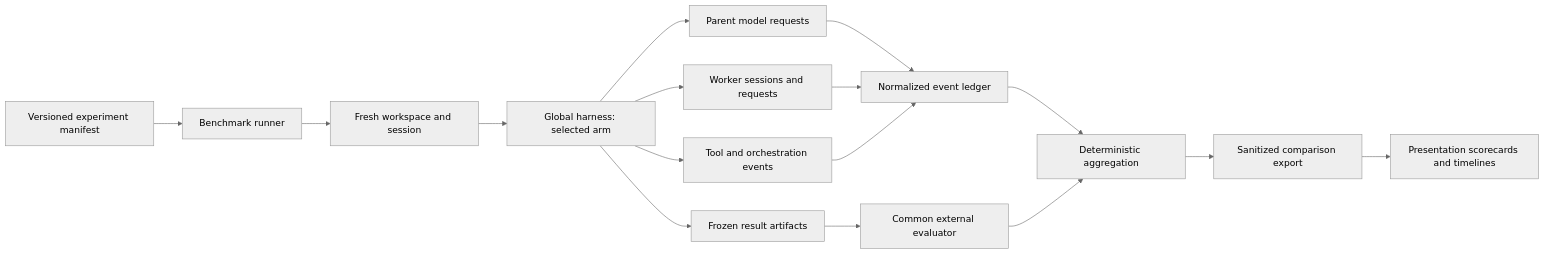
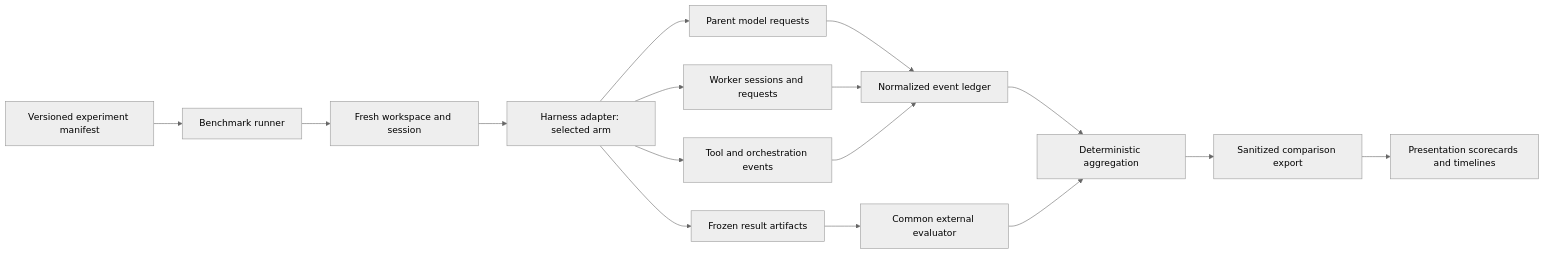
Before and after one commit to jlsharer/context-harness-presentation: the diagram in docs/superpowers/specs/2026-11-05-reusable-harness-benchmark-design.md, drawn with Mermaid (neutral theme). The commit also changed other lines of this file and 1 other file, not shown here.

Commit message:
Plan portable benchmark core and harness adapters

````diff
--- a/docs/superpowers/specs/2026-11-05-reusable-harness-benchmark-design.md
+++ b/docs/superpowers/specs/2026-11-05-reusable-harness-benchmark-design.md
@@ -71,18 +81,18 @@
 ```mermaid
 flowchart LR
   M[Versioned experiment manifest] --> R[Benchmark runner]
   R --> W[Fresh workspace and session]
-  W --> H[Global harness: selected arm]
+  W --> H[Harness adapter: selected arm]
   H --> P[Parent model requests]
   H --> S[Worker sessions and requests]
   P --> L[Normalized event ledger]
   S --> L
   H --> T[Tool and orchestration events]
   T --> L
   H --> O[Frozen result artifacts]
   O --> V[Common external evaluator]
   L --> A[Deterministic aggregation]
   V --> A
   A --> X[Sanitized comparison export]
   X --> D[Presentation scorecards and timelines]
 ```
````
